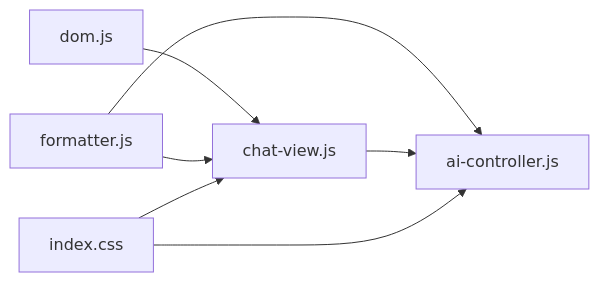
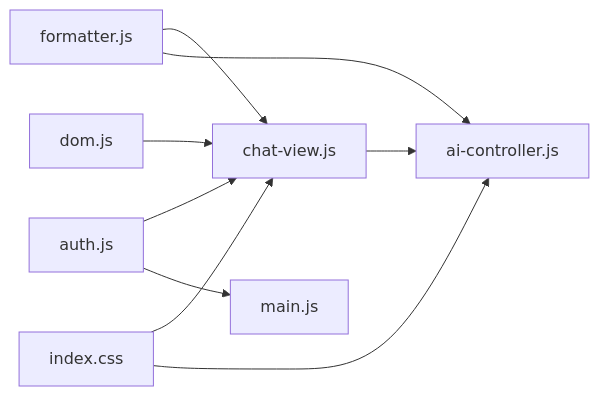
Before and after one commit to ghg618-ui/meihuayili-3.8: diagram 12 of 12 in .qoder/repowiki/zh/content/用户界面/聊天界面.md, drawn with Mermaid. The commit also changed other lines of this file and 6 other files, not shown here.

````diff
--- a/.qoder/repowiki/zh/content/用户界面/聊天界面.md
+++ b/.qoder/repowiki/zh/content/用户界面/聊天界面.md
@@ -279,9 +425,11 @@
 ```mermaid
 graph LR
 DOM["dom.js"] --> ChatView["chat-view.js"]
 Formatter["formatter.js"] --> ChatView
+Auth["auth.js"] --> ChatView
+Auth --> Main["main.js"]
 Formatter --> AICtrl["ai-controller.js"]
 ChatView --> AICtrl
 CSS["index.css"] --> ChatView
 CSS --> AICtrl
 ```
````
